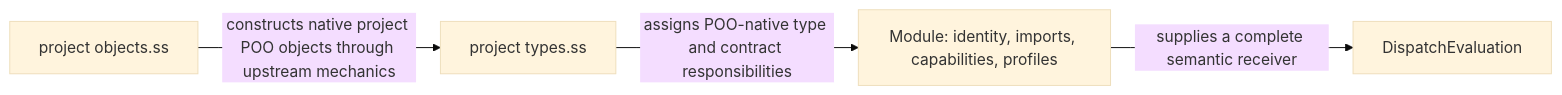
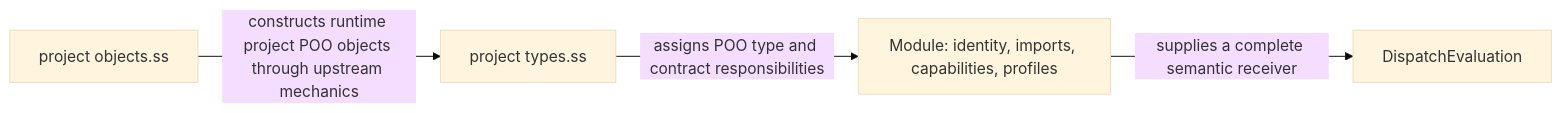
The second of 2 diagrams in module-system/design/45-121-minimal-higher-order-module-poo-value-and-responsibility-slot-algebra.org (tao3k/gebril-yuanxu), drawn with Mermaid (base theme) before and after one commit. The commit also changed other lines of this file and 1469 other files, not shown here.

First line of the commit message:
refactor: consolidate module runtime and build interfaces

```diff
--- a/module-system/design/45-121-minimal-higher-order-module-poo-value-and-responsibility-slot-algebra.org
+++ b/module-system/design/45-121-minimal-higher-order-module-poo-value-and-responsibility-slot-algebra.org
@@ -303,6 +303,6 @@
 #+begin_src mermaid
 flowchart LR
-  O["project objects.ss"] -->|"constructs native project POO objects through upstream mechanics"| T["project types.ss"]
-  T -->|"assigns POO-native type and contract responsibilities"| M["Module: identity, imports, capabilities, profiles"]
+  O["project objects.ss"] -->|"constructs runtime project POO objects through upstream mechanics"| T["project types.ss"]
+  T -->|"assigns POO type and contract responsibilities"| M["Module: identity, imports, capabilities, profiles"]
   M -->|"supplies a complete semantic receiver"| D["DispatchEvaluation"]
 #+end_src
```
